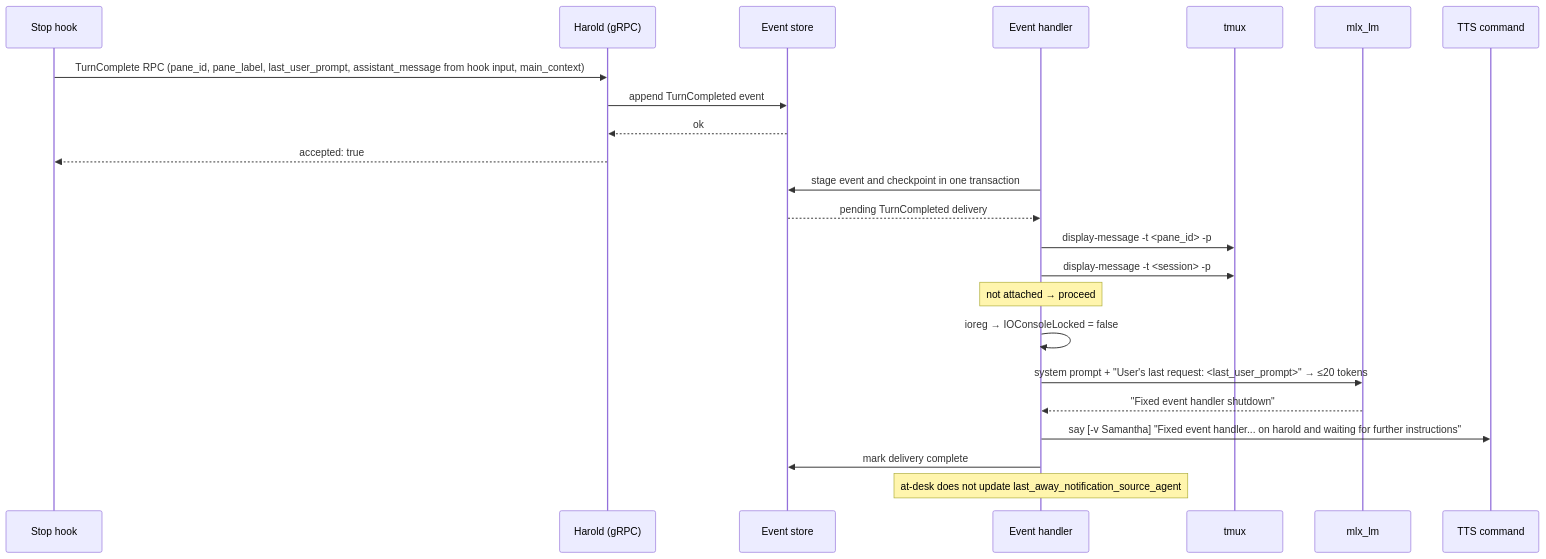
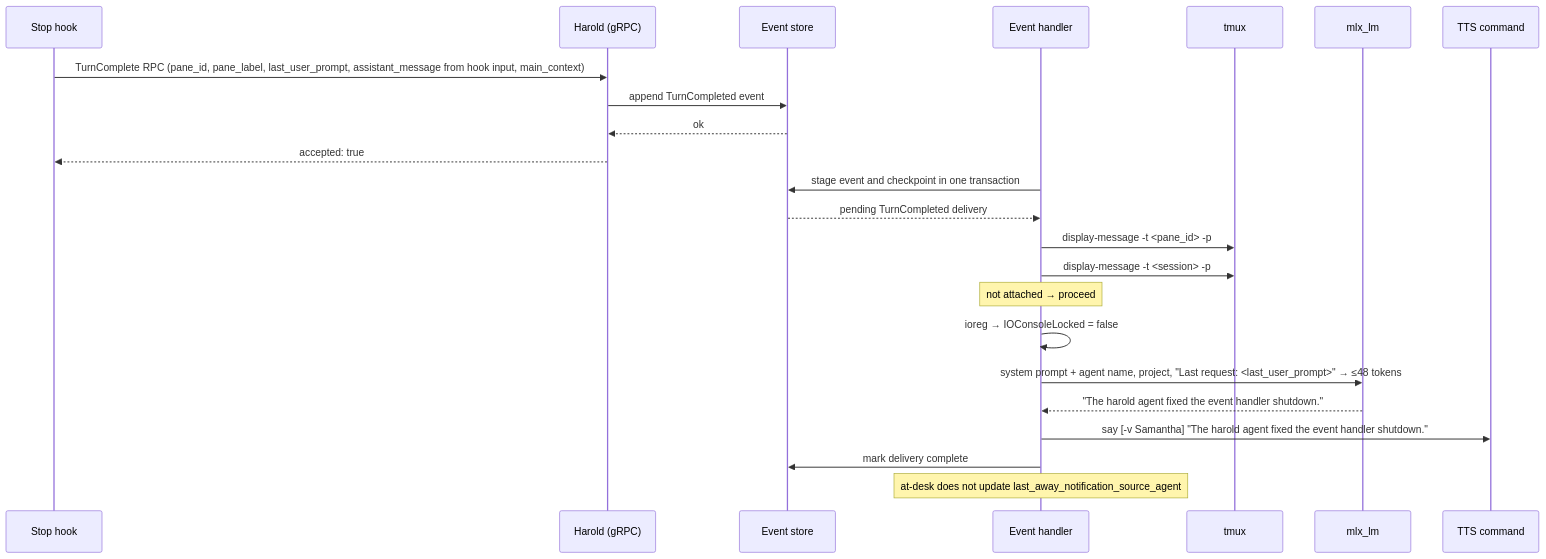
Before and after one commit to kahgeh/harold: the first of 2 diagrams in docs/references/notification/README.md, drawn with Mermaid. The commit also changed other lines of this file and 9 other files, not shown here.

Commit message:
Add local-model-failing, the model p95 and full-sentence cards, and the docs

````diff
--- a/docs/references/notification/README.md
+++ b/docs/references/notification/README.md
@@ -295,27 +295,27 @@
 ```mermaid
 sequenceDiagram
     participant Hook as Stop hook
     participant gRPC as Harold (gRPC)
     participant Store as Event store
     participant Handler as Event handler
     participant Tmux as tmux
     participant LocalModel as mlx_lm
     participant TTS as TTS command
 
     Hook->>gRPC: TurnComplete RPC (pane_id, pane_label, last_user_prompt, assistant_message from hook input, main_context)
     gRPC->>Store: append TurnCompleted event
     Store-->>gRPC: ok
     gRPC-->>Hook: accepted: true
 
     Handler->>Store: stage event and checkpoint in one transaction
     Store-->>Handler: pending TurnCompleted delivery
     Handler->>Tmux: display-message -t <pane_id> -p #{session_name} → session
     Handler->>Tmux: display-message -t <session> -p #{session_attached} → attached?
     note over Handler: not attached → proceed
     Handler->>Handler: ioreg → IOConsoleLocked = false
-    Handler->>LocalModel: system prompt + "User's last request: <last_user_prompt>" → ≤20 tokens
-    LocalModel-->>Handler: "Fixed event handler shutdown"
-    Handler->>TTS: say [-v Samantha] "Fixed event handler... on harold and waiting for further instructions"
+    Handler->>LocalModel: system prompt + agent name, project, "Last request: <last_user_prompt>" → ≤48 tokens
+    LocalModel-->>Handler: "The harold agent fixed the event handler shutdown."
+    Handler->>TTS: say [-v Samantha] "The harold agent fixed the event handler shutdown."
     Handler->>Store: mark delivery complete
     note over Handler: at-desk does not update last_away_notification_source_agent
 ```
````
